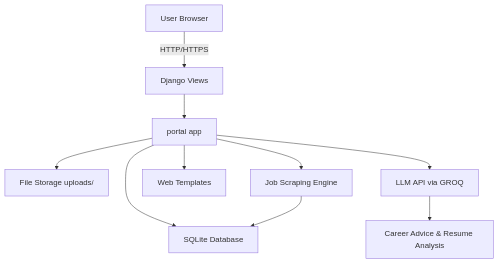
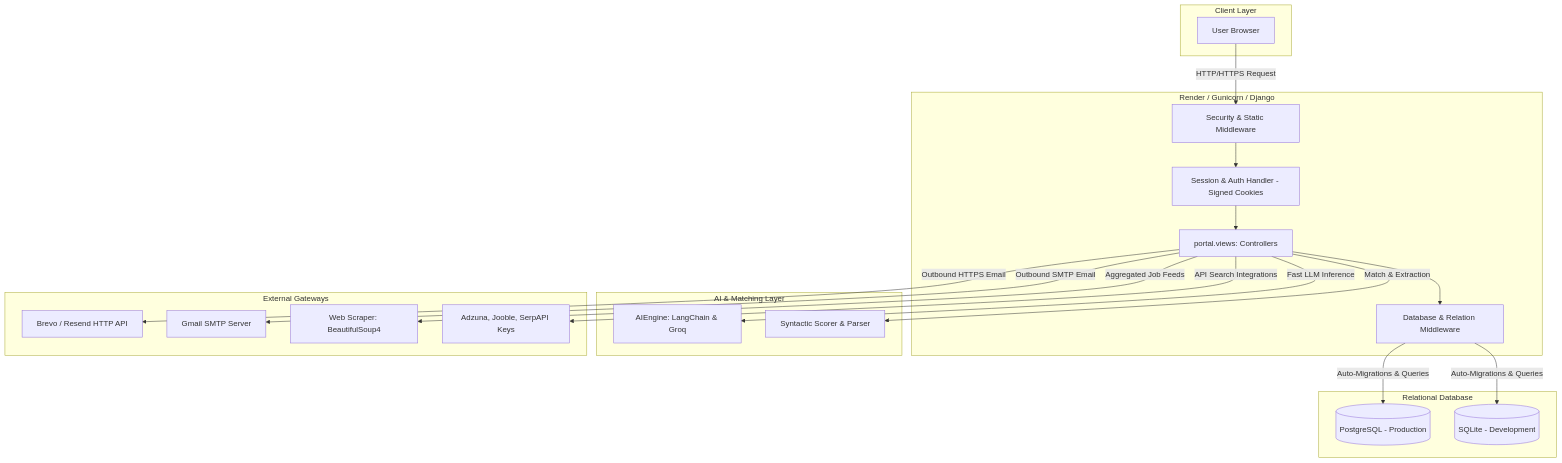
One commit to siddheshasati/CareerNeuron-Pro changed the first of 3 diagrams in README.md. Above: the diagram before and after it, drawn with Mermaid. The commit also changed other lines of this file, not shown here.

Commit message:
Update README.md with unified, detailed CareerNeuron features, system architecture, and workflows

````diff
--- a/README.md
+++ b/README.md
@@ -689,12 +50,43 @@
 ```mermaid
 flowchart TD
-    A[User Browser] -->|HTTP/HTTPS| B[Django Views]
-    B --> C[portal app]
-    C --> D[SQLite Database]
-    C --> E[File Storage uploads/]
-    C --> F[LLM API via GROQ]
-    C --> G[Web Templates]
-    F --> H[Career Advice & Resume Analysis]
-    C --> I[Job Scraping Engine]
-    I --> D
+    subgraph Client Layer
+        A[User Browser]
+    end
+
+    subgraph Application Server [Render / Gunicorn / Django]
+        B[Security & Static Middleware]
+        C[Session & Auth Handler - Signed Cookies]
+        D[portal.views: Controllers]
+        E[Database & Relation Middleware]
+    end
+
+    subgraph AI & Matching Layer
+        F[AIEngine: LangChain & Groq]
+        G[Syntactic Scorer & Parser]
+    end
+
+    subgraph External Gateways
+        H[Brevo / Resend HTTP API]
+        I[Gmail SMTP Server]
+        J[Web Scraper: BeautifulSoup4]
+        K[Adzuna, Jooble, SerpAPI Keys]
+    end
+
+    subgraph Relational Database
+        L[(PostgreSQL - Production)]
+        M[(SQLite - Development)]
+    end
+
+    A -->|HTTP/HTTPS Request| B
+    B --> C
+    C --> D
+    D --> E
+    E -->|Auto-Migrations & Queries| L
+    E -->|Auto-Migrations & Queries| M
+    D -->|Match & Extraction| G
+    D -->|Fast LLM Inference| F
+    D -->|Outbound HTTPS Email| H
+    D -->|Outbound SMTP Email| I
+    D -->|Aggregated Job Feeds| J
+    D -->|API Search Integrations| K
 ```
````
